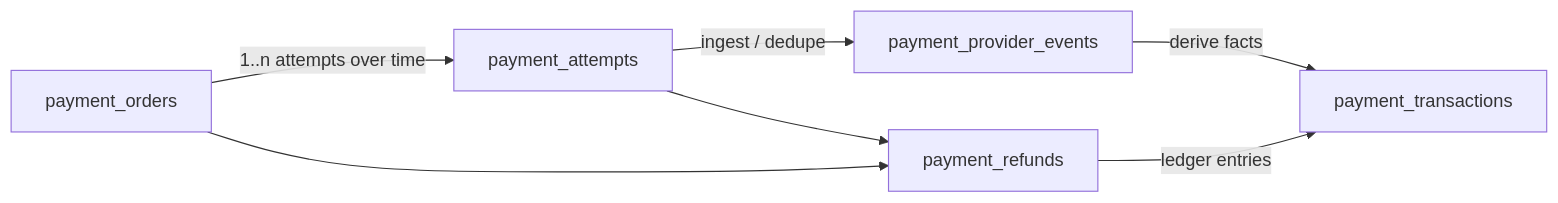
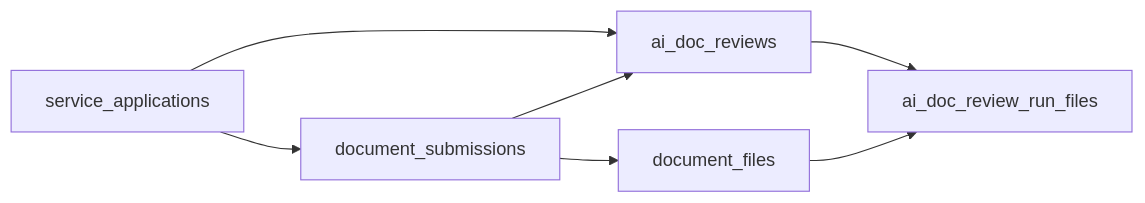
The fourth of 11 diagrams in diagrams.md (Kaung-HtetKyaw/readme-testing), drawn with Mermaid before and after one commit. The commit also changed other lines of this file, not shown here.

Commit message:
revise diagrams

````diff
--- a/diagrams.md
+++ b/diagrams.md
@@ -115,15 +110,10 @@
 ```mermaid
 flowchart LR
-  PO[payment_orders]
-  PA[payment_attempts]
-  PPE[payment_provider_events]
-  PT[payment_transactions]
-  PR[payment_refunds]
+  SA[service_applications] --> DS[document_submissions]
+  DS --> DF[document_files]
 
-  PO -->|1..n attempts over time| PA
-  PA -->|ingest / dedupe| PPE
-  PPE -->|derive facts| PT
-  PO --> PR
-  PA --> PR
-  PR -->|ledger entries| PT
+  SA --> AIR[ai_doc_reviews]
+  DS --> AIR
+  AIR --> AIRF[ai_doc_review_run_files]
+  DF --> AIRF
 ```
````
